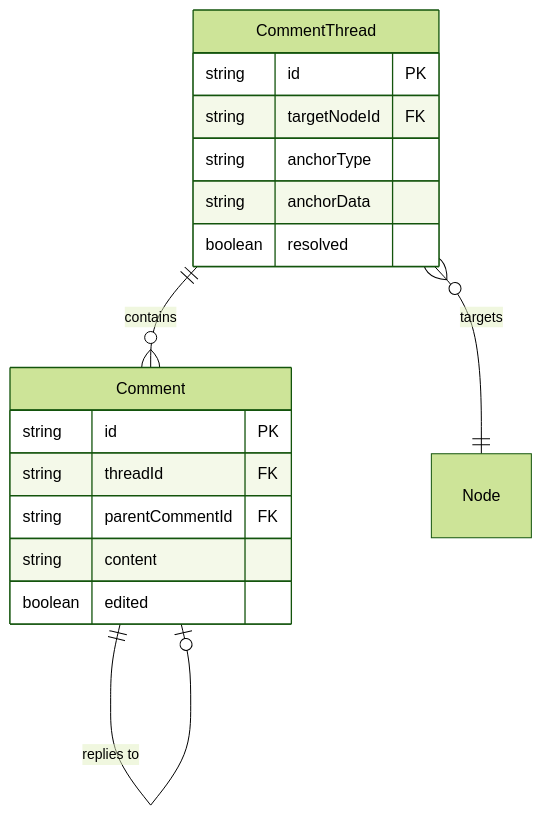
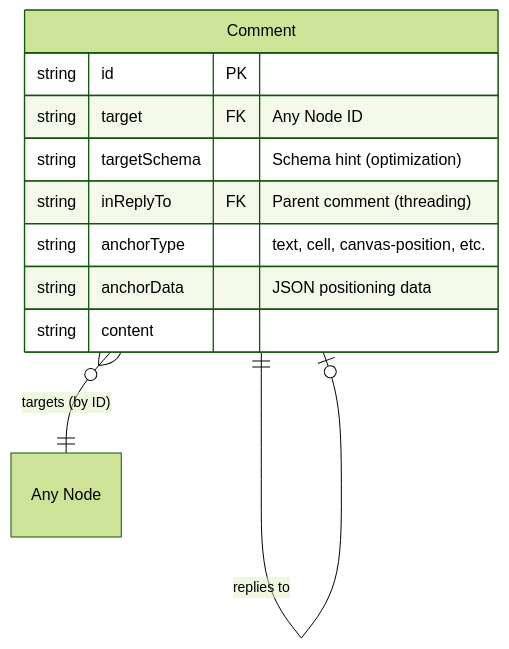
One commit to crs48/xNet changed the diagram in docs/planStep03_6Comments/01-comment-schemas.md. Above: the diagram before and after it, drawn with Mermaid (forest theme). The commit also changed other lines of this file and 8 other files, not shown here.

````diff
--- a/docs/planStep03_6Comments/01-comment-schemas.md
+++ b/docs/planStep03_6Comments/01-comment-schemas.md
@@ -12,22 +17,15 @@
 ```mermaid
 erDiagram
-    CommentThread ||--o{ Comment : contains
-    CommentThread }o--|| Node : "targets"
+    Comment }o--|| "Any Node" : "targets (by ID)"
     Comment ||--o| Comment : "replies to"
-
-    CommentThread {
-        string id PK
-        string targetNodeId FK
-        string anchorType
-        string anchorData
-        boolean resolved
-    }
 
     Comment {
         string id PK
-        string threadId FK
-        string parentCommentId FK
+        string target FK "Any Node ID"
+        string targetSchema "Schema hint (optimization)"
+        string inReplyTo FK "Parent comment (threading)"
+        string anchorType "text, cell, canvas-position, etc."
+        string anchorData "JSON positioning data"
         string content
-        boolean edited
     }
 ```
````
